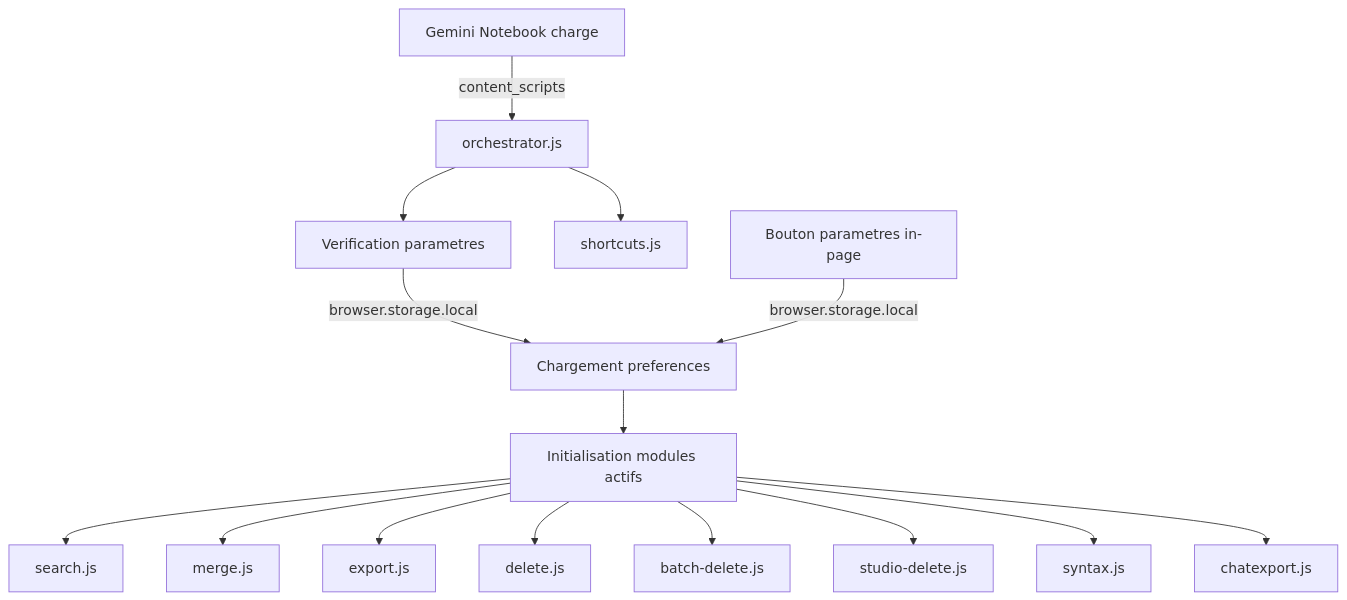
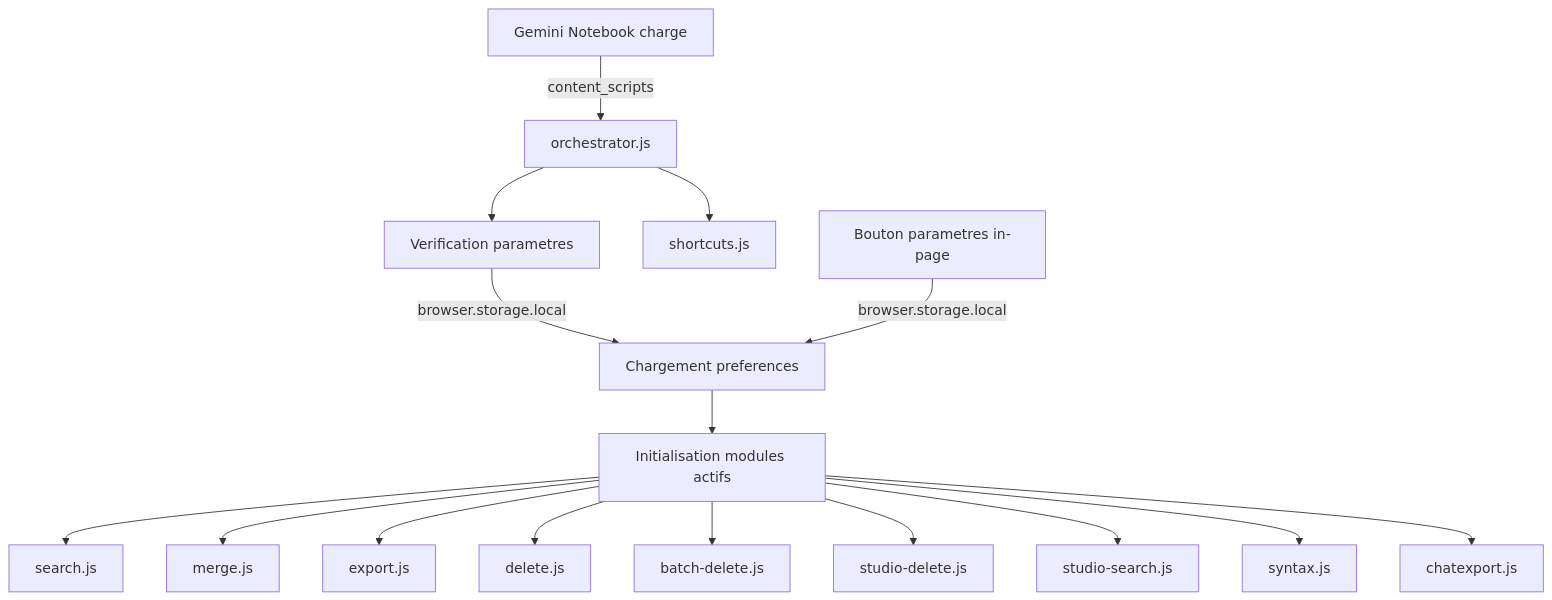
The diagram in ARCHITECTURE.md (mtfkarukera/magic-manager), drawn with Mermaid before and after one commit. The commit also changed other lines of this file and 17 other files, not shown here.

Commit message:
feat(studio): search, filters and persistent batch delete with clear selection

````diff
--- a/ARCHITECTURE.md
+++ b/ARCHITECTURE.md
@@ -60,17 +58,18 @@
 ```mermaid
 graph TD
     A["Gemini Notebook charge"] -->|"content_scripts"| B["orchestrator.js"]
     B --> C["Verification parametres"]
     B --> K2["shortcuts.js"]
     C -->|"browser.storage.local"| D["Chargement preferences"]
     D --> E["Initialisation modules actifs"]
     E --> F["search.js"]
     E --> G["merge.js"]
     E --> H["export.js"]
     E --> I["delete.js"]
     E --> I2["batch-delete.js"]
     E --> I3["studio-delete.js"]
+    E --> I4["studio-search.js"]
     E --> J["syntax.js"]
     E --> K["chatexport.js"]
     L["Bouton parametres in-page"] -->|"browser.storage.local"| D
 ```
````
